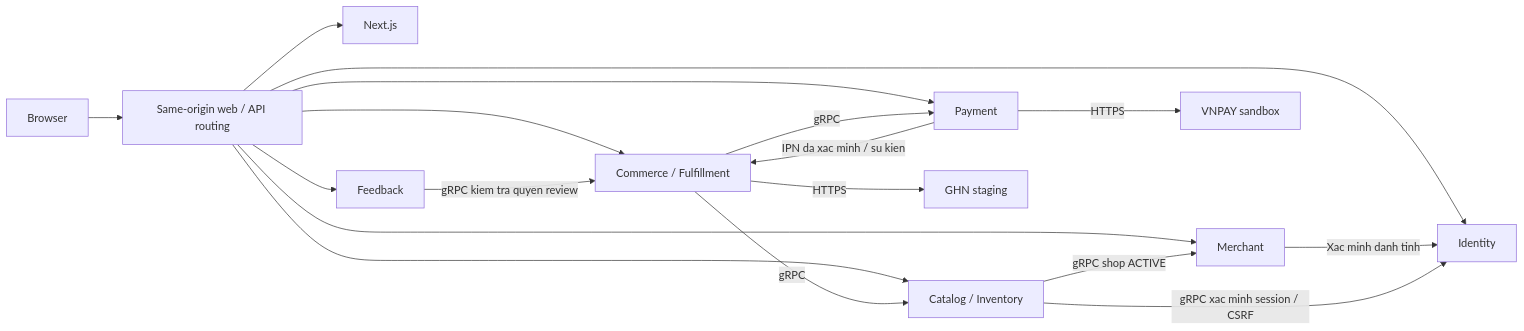
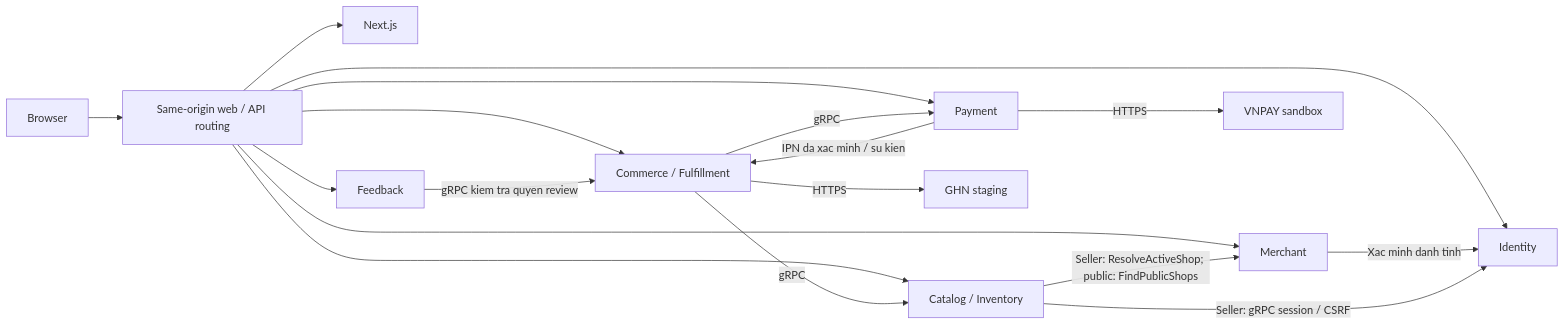
The diagram in docs/architecture/architecture-overview.md (quocanh112233/agora-backend), drawn with Mermaid before and after one commit. The commit also changed other lines of this file and 30 other files, not shown here.

````diff
--- a/docs/architecture/architecture-overview.md
+++ b/docs/architecture/architecture-overview.md
@@ -22,20 +22,20 @@
 ```mermaid
 flowchart LR
     Browser[Browser] --> Edge[Same-origin web / API routing]
     Edge --> Web[Next.js]
     Edge --> Identity[Identity]
     Edge --> Merchant[Merchant]
     Merchant -->|Xac minh danh tinh| Identity
     Edge --> Catalog[Catalog / Inventory]
-    Catalog -->|gRPC xac minh session / CSRF| Identity
-    Catalog -->|gRPC shop ACTIVE| Merchant
+    Catalog -->|Seller: gRPC session / CSRF| Identity
+    Catalog -->|Seller: ResolveActiveShop; public: FindPublicShops| Merchant
     Edge --> Commerce[Commerce / Fulfillment]
     Edge --> Payment[Payment]
     Edge --> Feedback[Feedback]
     Commerce -->|gRPC| Catalog
     Commerce -->|gRPC| Payment
     Commerce -->|HTTPS| GHN[GHN staging]
     Payment -->|HTTPS| VNPay[VNPAY sandbox]
     Payment -->|IPN da xac minh / su kien| Commerce
     Feedback -->|gRPC kiem tra quyen review| Commerce
 ```
````
